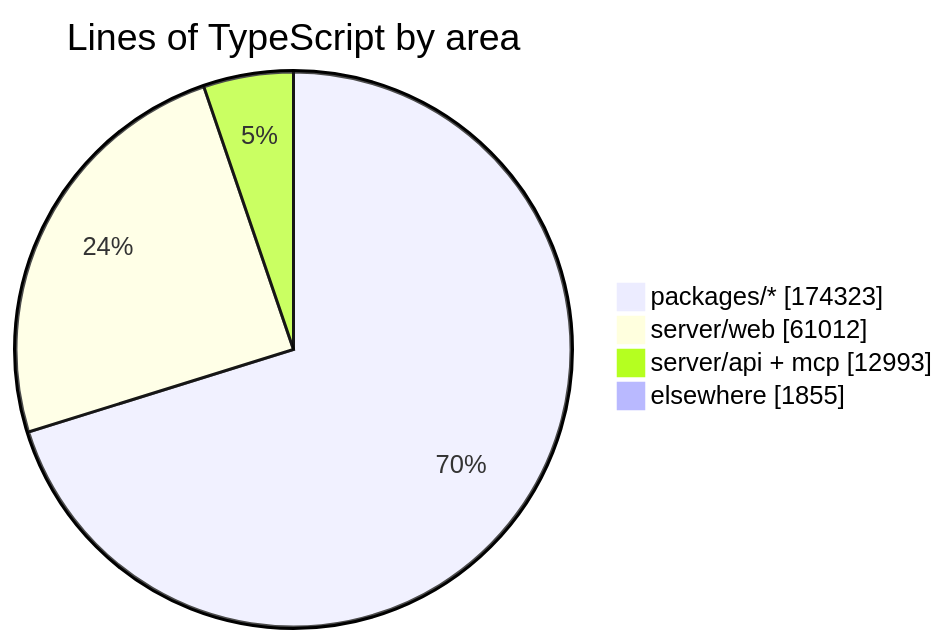
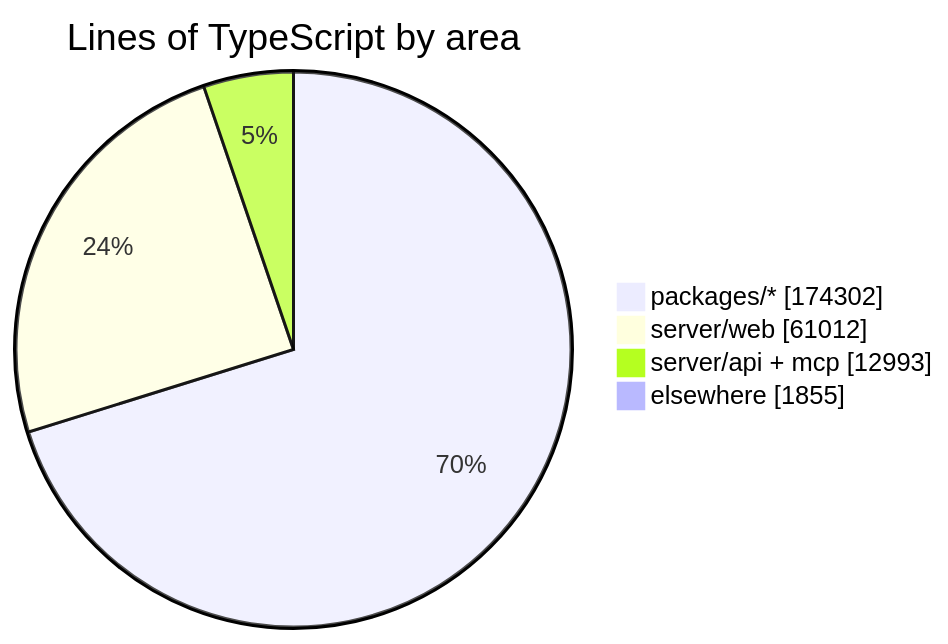
Before and after one commit to crossworks-engineering/mantle: the diagram in README.md, drawn with Mermaid. The commit also changed other lines of this file and 2 other files, not shown here.

````diff
--- a/README.md
+++ b/README.md
@@ -279,7 +279,7 @@
 ```mermaid
 pie showData title Lines of TypeScript by area
-    "packages/*" : 174323
+    "packages/*" : 174302
     "server/web" : 61012
     "server/api + mcp" : 12993
     "elsewhere" : 1855
 ```
````
